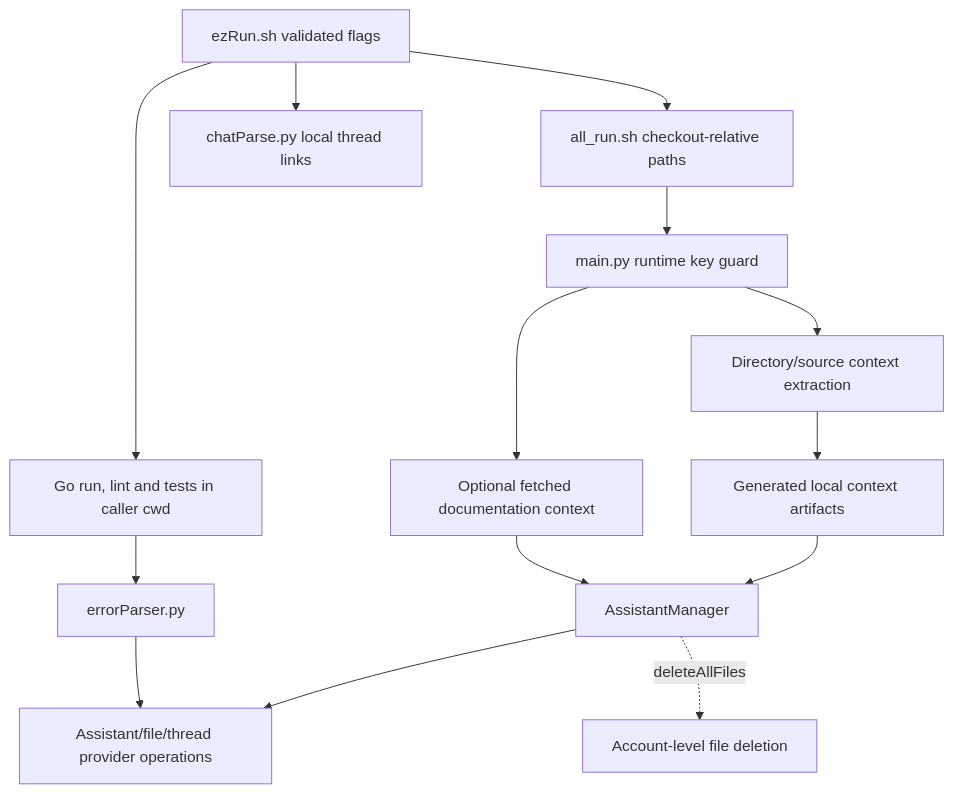
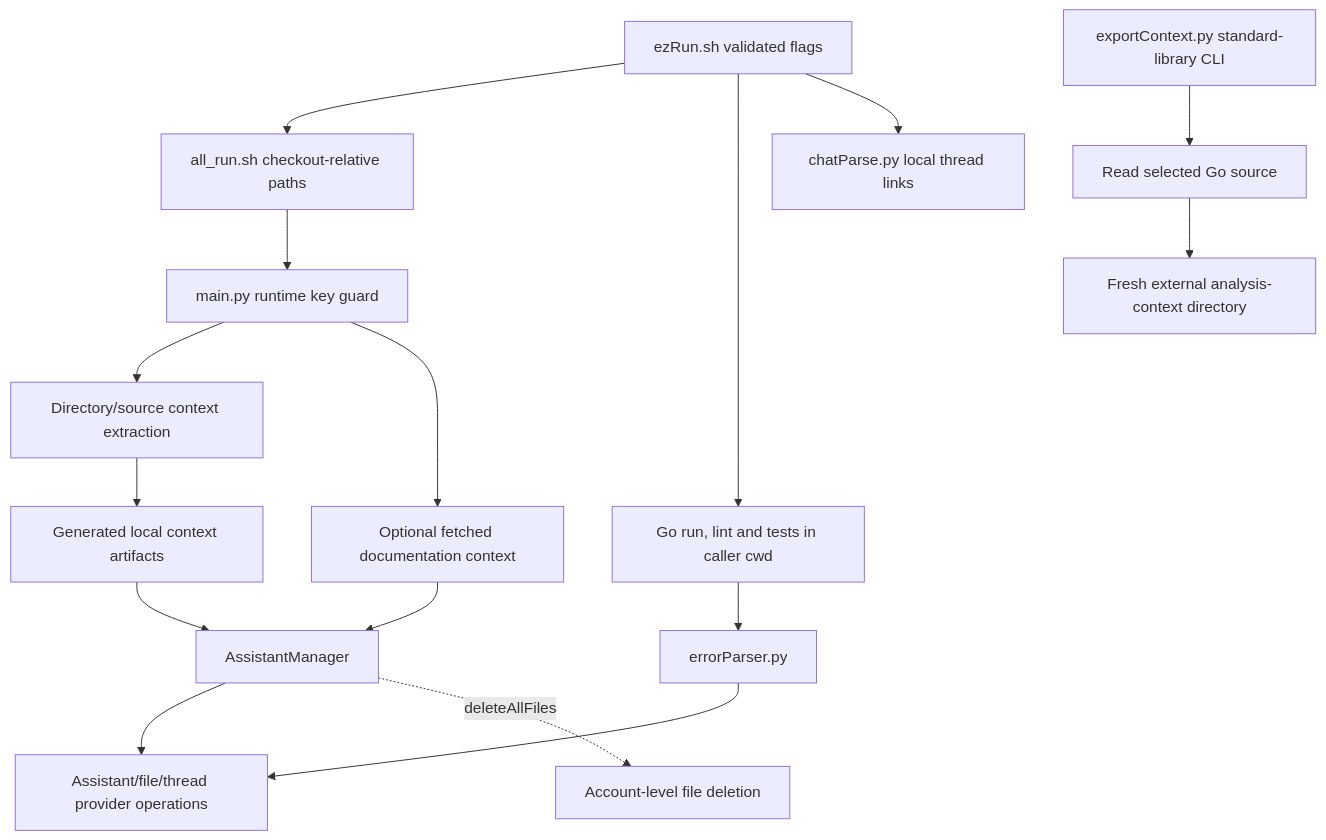
The diagram in docs/architecture.mdx (jckail/goPilot), drawn with Mermaid before and after one commit. The commit also changed other lines of this file and 7 other files, not shown here.

Commit message:
Add provider-free Go context export [skip ci]

````diff
--- a/docs/architecture.mdx
+++ b/docs/architecture.mdx
@@ -9,16 +9,18 @@
 ```mermaid
 flowchart TD
   Wrapper[ezRun.sh validated flags] --> Forward[all_run.sh checkout-relative paths]
   Forward --> Entry[main.py runtime key guard]
   Entry --> Walk[Directory/source context extraction]
   Walk --> Files[Generated local context artifacts]
   Entry --> Fetch[Optional fetched documentation context]
   Files --> Manager[AssistantManager]
   Fetch --> Manager
   Manager --> Remote[Assistant/file/thread provider operations]
   Wrapper --> Checks[Go run, lint and tests in caller cwd]
   Checks --> Parse[errorParser.py]
   Parse --> Remote
   Wrapper --> Links[chatParse.py local thread links]
   Manager -. deleteAllFiles .-> Account[Account-level file deletion]
+  Export[exportContext.py standard-library CLI] --> ExportRead[Read selected Go source]
+  ExportRead --> ExportFiles[Fresh external analysis-context directory]
 ```
````
